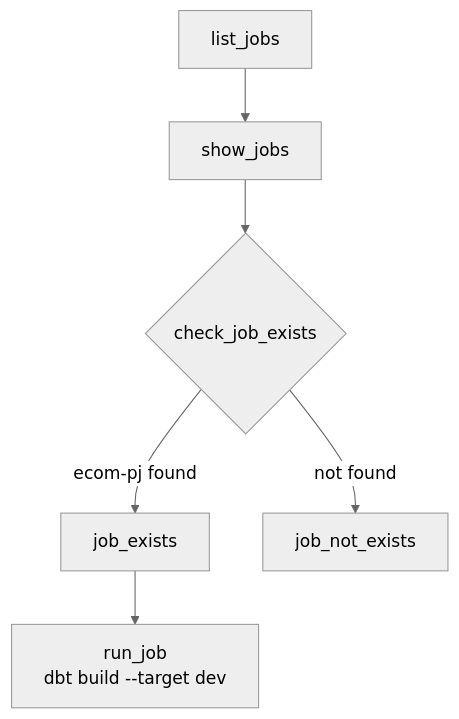
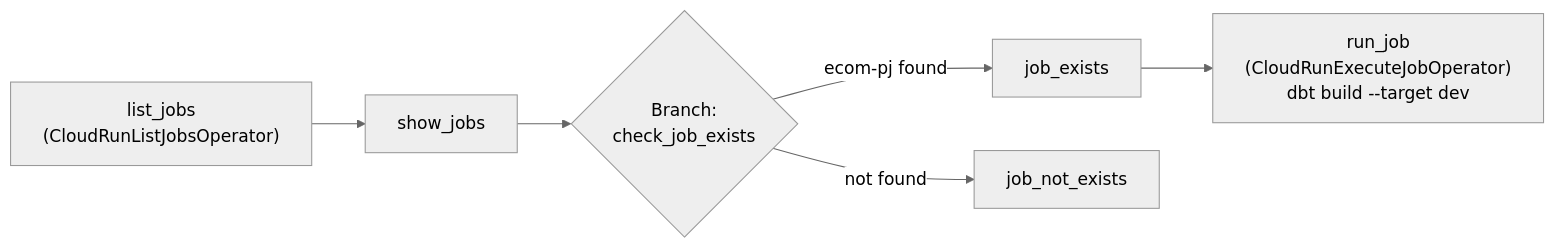
The fourth of 5 diagrams in airflow/README.md (candychen00/faker-ecom-project__airflow_dbt), drawn with Mermaid (neutral theme) before and after one commit. The commit also changed other lines of this file, not shown here.

````diff
--- a/airflow/README.md
+++ b/airflow/README.md
@@ -187,8 +190,9 @@
 ```mermaid
-flowchart TD
-    A[list_jobs] --> B[show_jobs]
-    B --> C{check_job_exists}
+flowchart LR
+    A["list_jobs<br>(CloudRunListJobsOperator)"]
+    A --> B[show_jobs]
+    B --> C{Branch: <br>check_job_exists}
     C -- "ecom-pj found" --> D[job_exists]
     C -- "not found" --> E[job_not_exists]
-    D --> F[run_job<br/>dbt build --target dev]
+    D --> F["run_job<br>(CloudRunExecuteJobOperator)<br>dbt build --target dev"]
 ```
````
